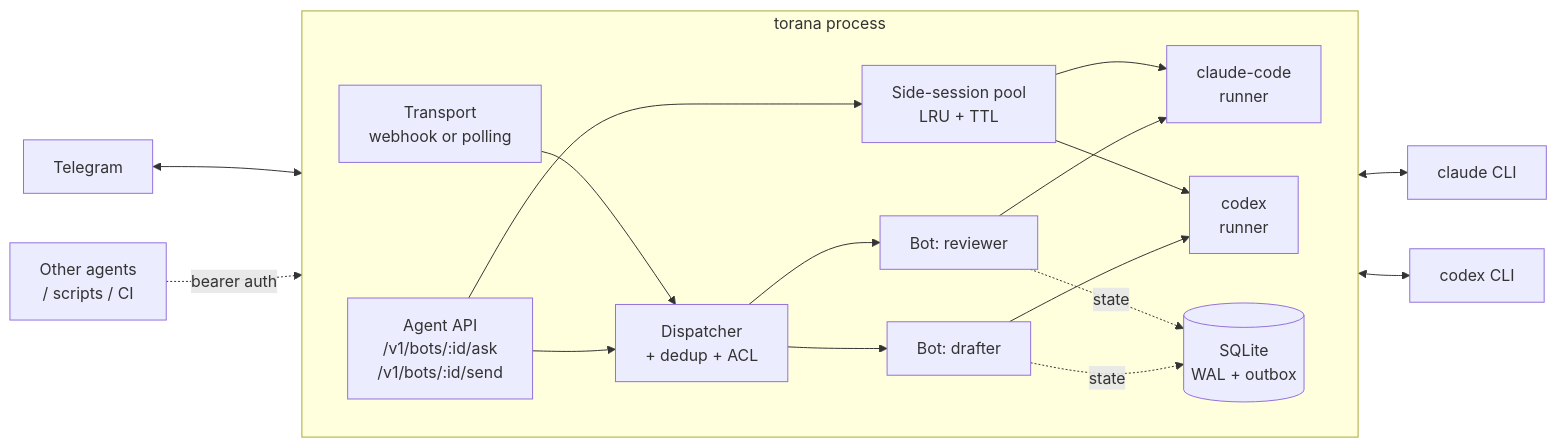
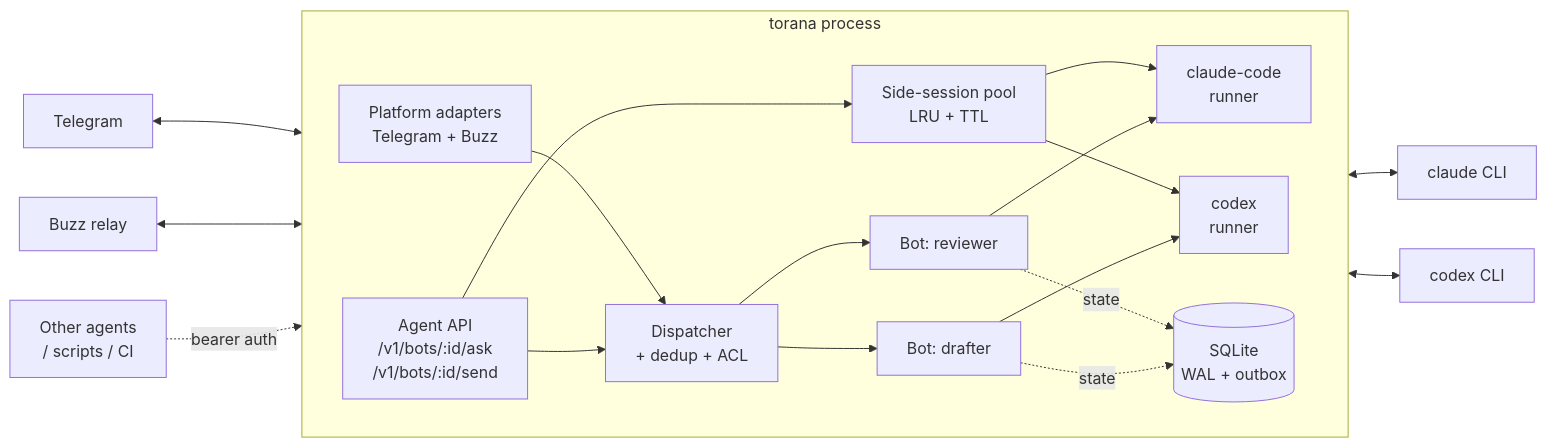
Before and after one commit to jvbutterfield/torana: the diagram in README.md, drawn with Mermaid. The commit also changed other lines of this file and 28 other files, not shown here.

Commit message:
feat: complete Buzz platform release hardening

````diff
--- a/README.md
+++ b/README.md
@@ -134,30 +142,32 @@
 ```mermaid
 flowchart LR
     TG[Telegram]
+    BZ[Buzz relay]
     AG[Other agents<br/>/ scripts / CI]
     subgraph torana[torana process]
       direction LR
-      T[Transport<br/>webhook or polling]
+      T[Platform adapters<br/>Telegram + Buzz]
       A[Agent API<br/>/v1/bots/:id/ask<br/>/v1/bots/:id/send]
       D[Dispatcher<br/>+ dedup + ACL]
       P[Side-session pool<br/>LRU + TTL]
       B1[Bot: reviewer]
       B2[Bot: drafter]
       R1[claude-code<br/>runner]
       R2[codex<br/>runner]
       DB[(SQLite<br/>WAL + outbox)]
       T --> D
       A --> D
       A --> P
       P --> R1
       P --> R2
       D --> B1 --> R1
       D --> B2 --> R2
       B1 -.state.-> DB
       B2 -.state.-> DB
     end
     TG <--> T
+    BZ <--> T
     AG -. bearer auth .-> A
     R1 <--> CC[claude CLI]
     R2 <--> CX[codex CLI]
 ```
````
